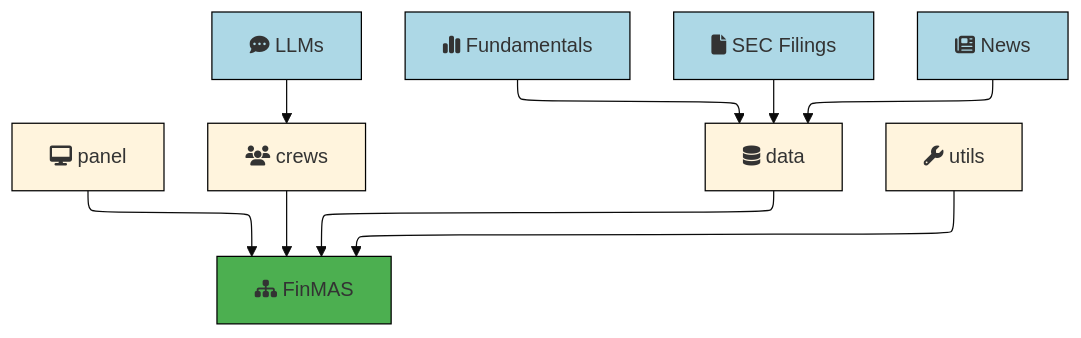
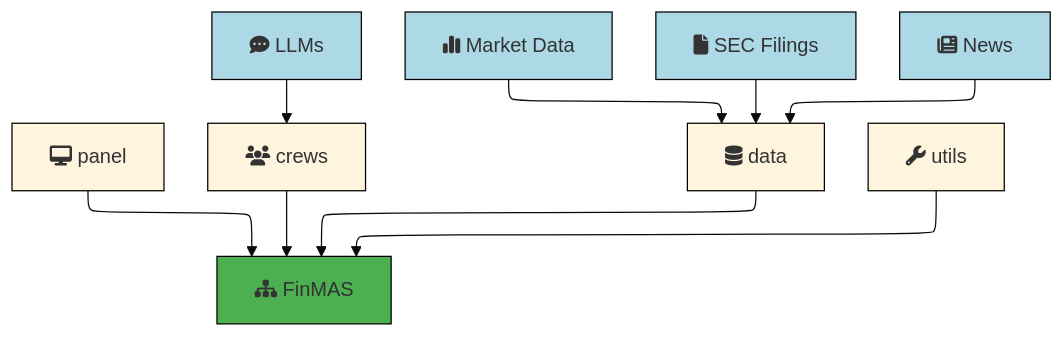
Before and after one commit to KevorkSulahian/agentic-llm-for-better-results: the diagram in docs/include/diagrams/finmas_architecture.mmd, drawn with Mermaid. The commit also changed 23 other files, not shown here.

Commit message:
:memo: docs: add crews section + update diagrams

```diff
--- a/docs/include/diagrams/finmas_architecture.mmd
+++ b/docs/include/diagrams/finmas_architecture.mmd
@@ -1,23 +1,23 @@
 ---
 config:
   layout: elk
   theme: base
   look: classic
 ---
 flowchart TD
     P["fa:fa-desktop panel"] --> F
     L["fa:fa-comment-dots LLMs"] --> C
     C["fa:fa-users crews"] --> F["fa:fa-sitemap FinMAS"]
-    FA["fa:fa-chart-simple Fundamentals"] --> D
+    FA["fa:fa-chart-simple Market Data"] --> D
     S["fa:fa-file SEC Filings"] --> D
     N["fa:fa-newspaper News"] --> D
     D["fa:fa-database data"] --> F
     U["fa:fa-wrench utils"] --> F
 
     classDef lightBlue fill:#ADD8E6,stroke:black
     class N,FA,L,S lightBlue
 
     classDef strokeBlack stroke:black
     class P,C,D,U strokeBlack
 
     style F fill:#4CAF50,stroke:black
```
